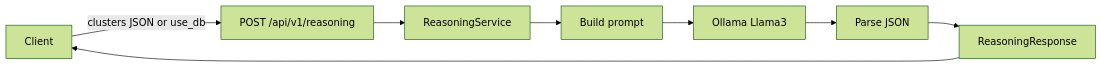
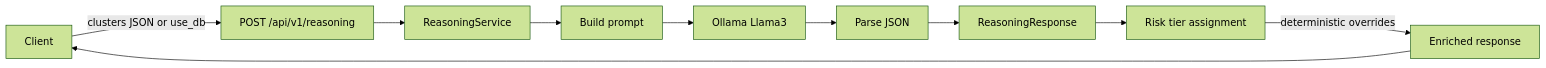
One commit to protektiq/helion changed the fourth of 5 diagrams in data_flow_diagram.md. Above: the diagram before and after it, drawn with Mermaid (forest theme). The commit also changed other lines of this file and 8 other files, not shown here.

````diff
--- a/data_flow_diagram.md
+++ b/data_flow_diagram.md
@@ -84,17 +84,21 @@
 ```mermaid
 flowchart LR
   Client[Client]
   POST[POST /api/v1/reasoning]
   Reason[ReasoningService]
   Prompt[Build prompt]
   Ollama[Ollama Llama3]
   Parse[Parse JSON]
   Resp[ReasoningResponse]
+  TierAssign[Risk tier assignment]
+  Enriched[Enriched response]
   Client -->|"clusters JSON or use_db"| POST
   POST --> Reason
   Reason --> Prompt
   Prompt --> Ollama
   Ollama --> Parse
   Parse --> Resp
-  Resp --> Client
+  Resp --> TierAssign
+  TierAssign -->|"deterministic overrides"| Enriched
+  Enriched --> Client
 ```
````
